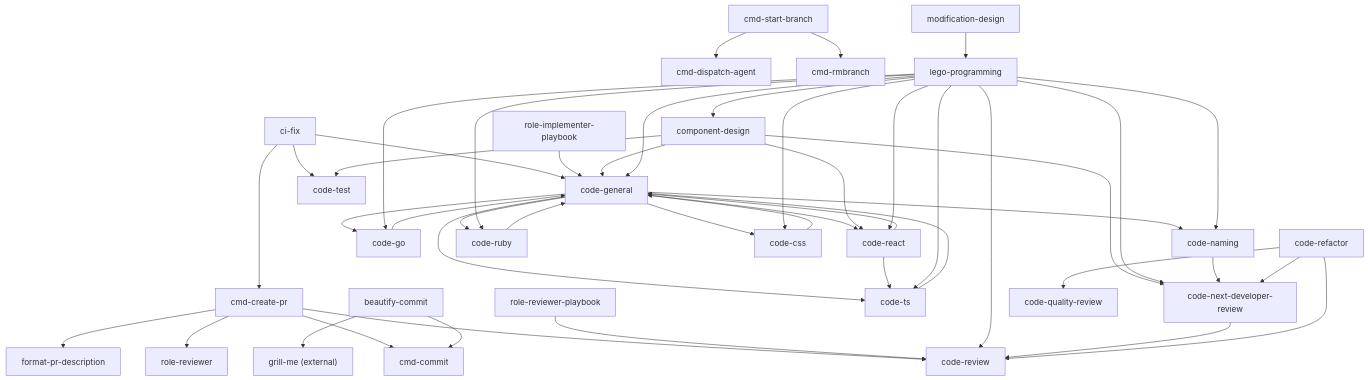
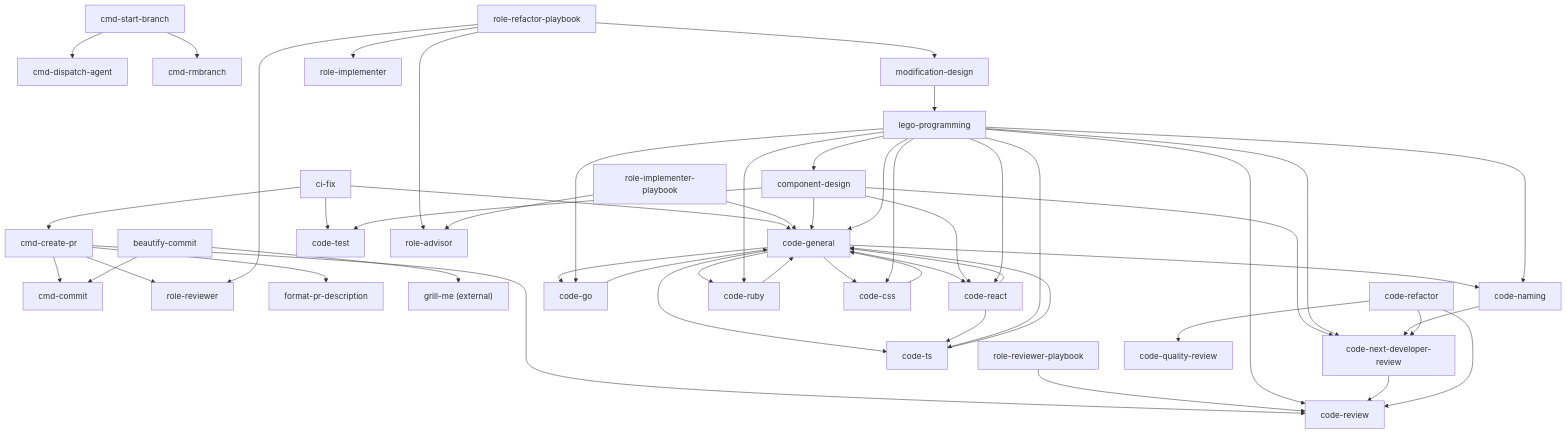
The diagram in docs/skill-dependency-map.md (version-1/agents-docs), drawn with Mermaid before and after one commit. The commit also changed other lines of this file and 7 other files, not shown here.

````diff
--- a/docs/skill-dependency-map.md
+++ b/docs/skill-dependency-map.md
@@ -159,59 +170,64 @@
 ```mermaid
 graph TD
     cmd_create_pr["cmd-create-pr"] --> cmd_commit["cmd-commit"]
     cmd_create_pr --> role_reviewer["role-reviewer"]
     cmd_create_pr --> code_review["code-review"]
     cmd_create_pr --> format_pr_description["format-pr-description"]
 
     cmd_start_branch["cmd-start-branch"] --> cmd_dispatch_agent["cmd-dispatch-agent"]
     cmd_start_branch --> cmd_rmbranch["cmd-rmbranch"]
 
     beautify_commit["beautify-commit"] --> cmd_commit
     beautify_commit --> grill_me["grill-me (external)"]
 
     ci_fix["ci-fix"] --> code_general
     ci_fix --> code_test["code-test"]
     ci_fix --> cmd_create_pr
 
     role_reviewer_playbook["role-reviewer-playbook"] --> code_review
+    role_refactor_playbook["role-refactor-playbook"] --> modification_design["modification-design"]
+    role_refactor_playbook --> role_implementer["role-implementer"]
+    role_refactor_playbook --> role_reviewer
+    role_refactor_playbook --> role_advisor["role-advisor"]
     role_implementer_playbook["role-implementer-playbook"] --> code_general["code-general"]
+    role_implementer_playbook --> role_advisor
 
     code_general --> code_naming["code-naming"]
     code_general --> code_go["code-go"]
     code_general --> code_ts["code-ts"]
     code_general --> code_react["code-react"]
     code_general --> code_ruby["code-ruby"]
     code_general --> code_css["code-css"]
     code_go --> code_general
     code_ts --> code_general
     code_react --> code_general
     code_react --> code_ts
     code_ruby --> code_general
     code_css --> code_general
 
     component_design["component-design"] --> code_general
     component_design --> code_react
     component_design --> code_test
     component_design --> code_next_dev["code-next-developer-review"]
 
     lego_programming["lego-programming"] --> code_general
     lego_programming --> code_go
     lego_programming --> code_ts
     lego_programming --> code_react
     lego_programming --> code_ruby
     lego_programming --> code_css
     lego_programming --> component_design
     lego_programming --> code_naming
     lego_programming --> code_review
     lego_programming --> code_next_dev
 
     modification_design["modification-design"] --> lego_programming
 
     code_naming --> code_next_dev
 
     code_next_dev --> code_review
 
     code_refactor["code-refactor"] --> code_quality["code-quality-review"]
     code_refactor --> code_review
     code_refactor --> code_next_dev
 ```
````
